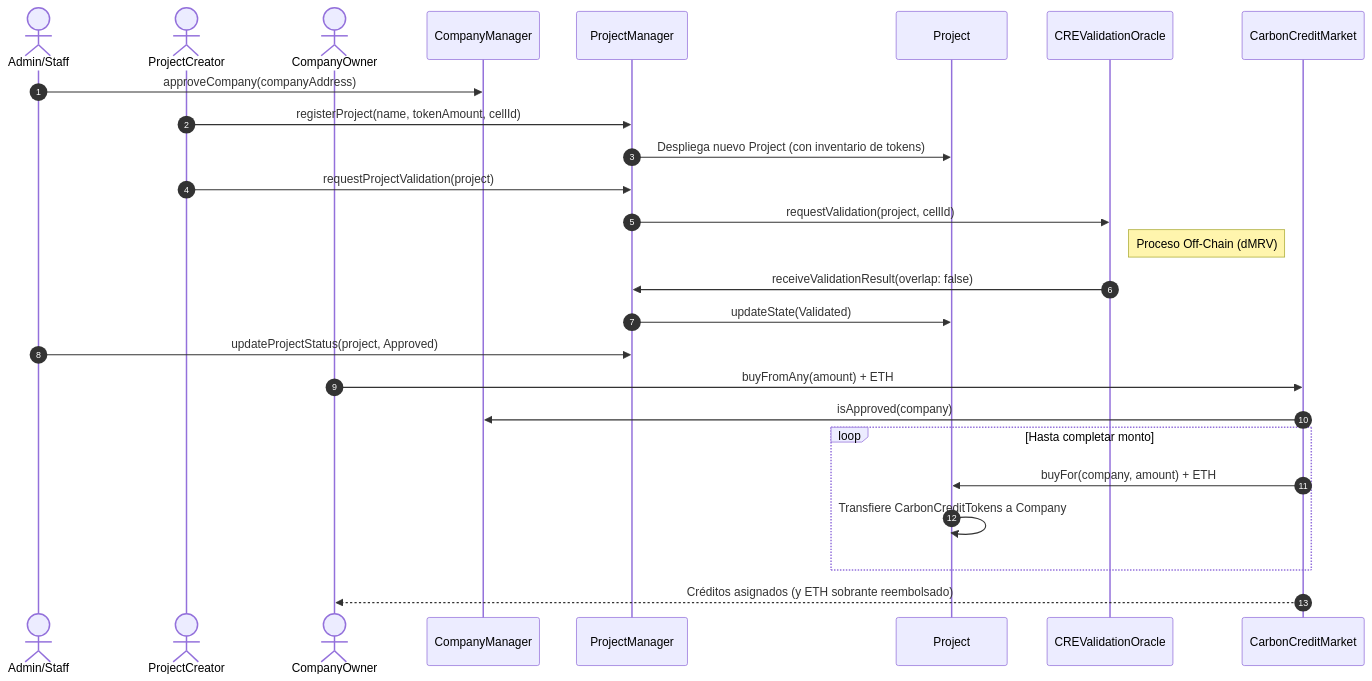
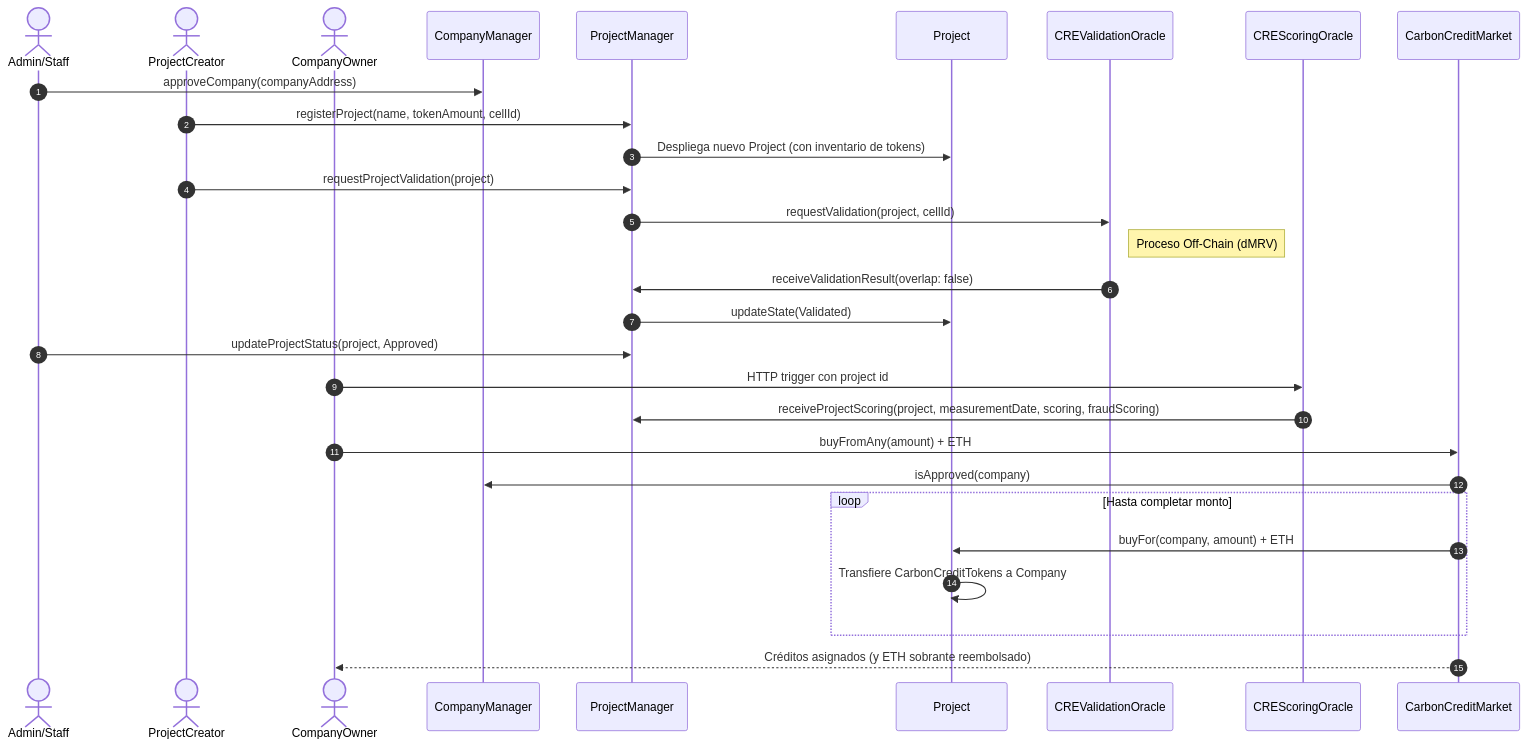
The seventh of 9 diagrams in docs/contracts/architecture-uml.md (TesinaNotCarbon/NotCarbon), drawn with Mermaid before and after one commit. The commit also changed other lines of this file and 8 other files, not shown here.

Commit message:
added Scoring Oracle Smart Contract

````diff
--- a/docs/contracts/architecture-uml.md
+++ b/docs/contracts/architecture-uml.md
@@ -344,35 +386,40 @@
 ```mermaid
 sequenceDiagram
     autonumber
     actor Admin/Staff
     actor ProjectCreator
     actor CompanyOwner
     participant CM as CompanyManager
     participant PM as ProjectManager
     participant P as Project
     participant Oracle as CREValidationOracle
+    participant ScoringOracle as CREScoringOracle
     participant Market as CarbonCreditMarket
 
     %% Fase de Configuración
     Admin/Staff->>CM: approveCompany(companyAddress)
     
     %% Registro y Validación
     ProjectCreator->>PM: registerProject(name, tokenAmount, cellId)
     PM->>P: Despliega nuevo Project (con inventario de tokens)
     
     ProjectCreator->>PM: requestProjectValidation(project)
     PM->>Oracle: requestValidation(project, cellId)
     note right of Oracle: Proceso Off-Chain (dMRV)
     Oracle->>PM: receiveValidationResult(overlap: false)
     PM->>P: updateState(Validated)
     Admin/Staff->>PM: updateProjectStatus(project, Approved)
 
+    %% Scoring
+    CompanyOwner->>ScoringOracle: HTTP trigger con project id
+    ScoringOracle->>PM: receiveProjectScoring(project, measurementDate, scoring, fraudScoring)
+
     %% Mercado
     CompanyOwner->>Market: buyFromAny(amount) + ETH
     Market->>CM: isApproved(company)
     loop Hasta completar monto
         Market->>P: buyFor(company, amount) + ETH
         P->>P: Transfiere CarbonCreditTokens a Company
     end
     Market-->>CompanyOwner: Créditos asignados (y ETH sobrante reembolsado)
 ```
````
